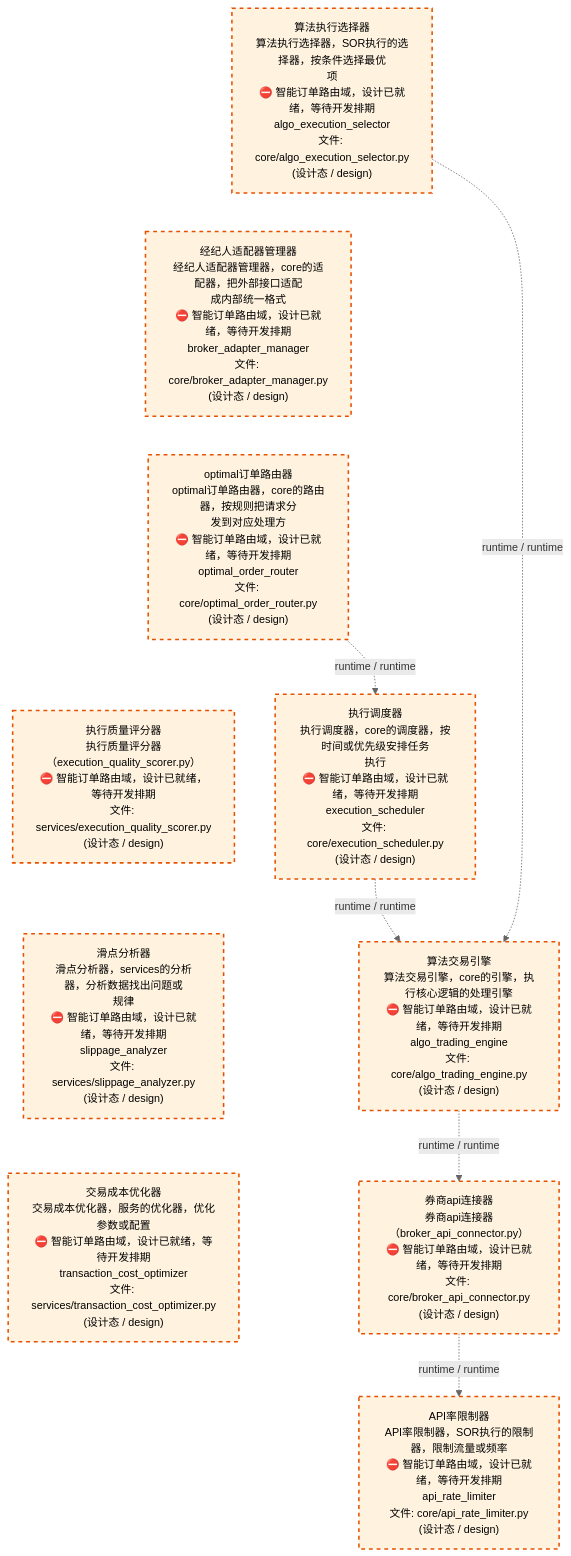
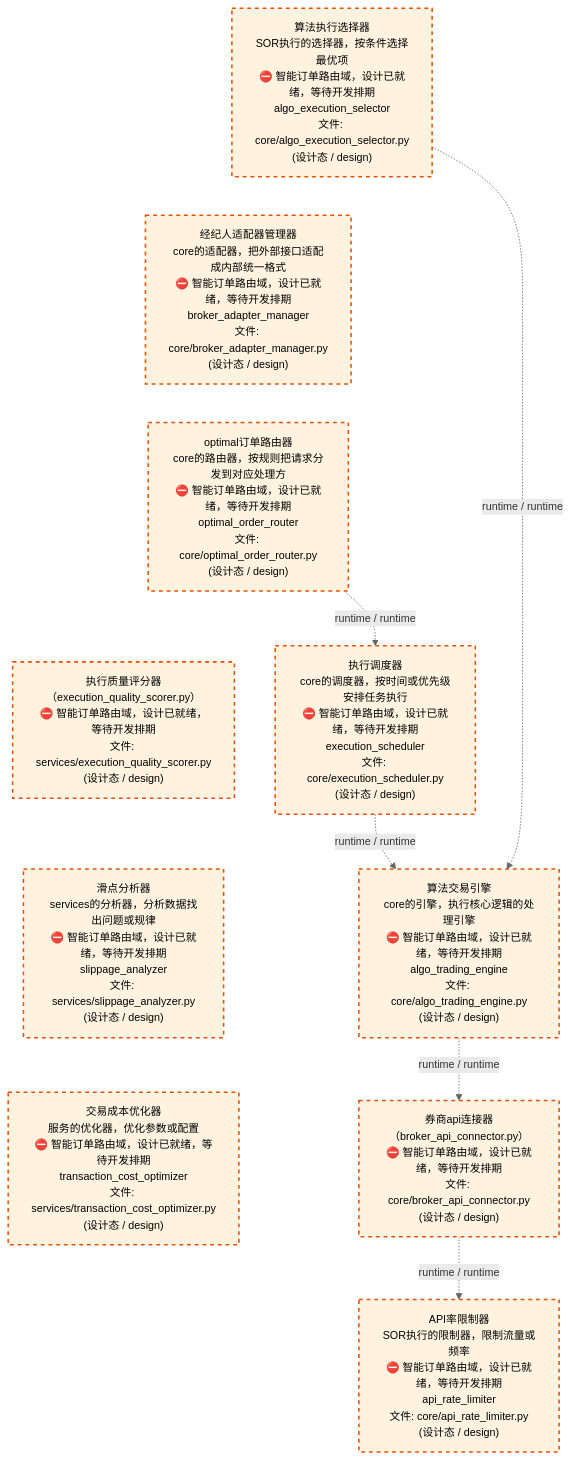
One commit to xuanFelixVan/ZephyrAlpha changed the third of 4 diagrams in docs/02_enterprise_architecture/02_domain_architecture_docs/45_d_ex_sor.md. Above: the diagram before and after it, drawn with Mermaid. The commit also changed other lines of this file and 60 other files, not shown here.

````diff
--- a/docs/02_enterprise_architecture/02_domain_architecture_docs/45_d_ex_sor.md
+++ b/docs/02_enterprise_architecture/02_domain_architecture_docs/45_d_ex_sor.md
@@ -138,29 +138,29 @@
 ```mermaid
 %%{init: {'theme': 'base', 'themeVariables': {'primaryColor': '#eaeaea', 'primaryTextColor': '#333333', 'primaryBorderColor': '#666666', 'lineColor': '#666666', 'secondaryColor': '#eaeaea', 'tertiaryColor': '#eaeaea', 'fontSize': '14px'}}}%%
 flowchart TD
-    src_zephyr_ex_sor_core_algo_execution_selector_py["算法执行选择器<br/>算法执行选择器，SOR执行的选择器，按条件选择最优<br/>项<br/>⛔ 智能订单路由域，设计已就绪，等待开发排期<br/>algo_execution_selector<br/>文件: core/algo_execution_selector.py<br/>(设计态 / design)"]
-    src_zephyr_ex_sor_core_broker_adapter_manager_py["经纪人适配器管理器<br/>经纪人适配器管理器，core的适配器，把外部接口适配<br/>成内部统一格式<br/>⛔ 智能订单路由域，设计已就绪，等待开发排期<br/>broker_adapter_manager<br/>文件: core/broker_adapter_manager.py<br/>(设计态 / design)"]
-    src_zephyr_ex_sor_core_optimal_order_router_py["optimal订单路由器<br/>optimal订单路由器，core的路由器，按规则把请求分<br/>发到对应处理方<br/>⛔ 智能订单路由域，设计已就绪，等待开发排期<br/>optimal_order_router<br/>文件: core/optimal_order_router.py<br/>(设计态 / design)"]
-    src_zephyr_ex_sor_services_execution_quality_scorer_py["执行质量评分器<br/>执行质量评分器（execution_quality_scorer.py）<br/>⛔ 智能订单路由域，设计已就绪，等待开发排期<br/>文件: services/execution_quality_scorer.py<br/>(设计态 / design)"]
-    src_zephyr_ex_sor_services_slippage_analyzer_py["滑点分析器<br/>滑点分析器，services的分析器，分析数据找出问题或<br/>规律<br/>⛔ 智能订单路由域，设计已就绪，等待开发排期<br/>slippage_analyzer<br/>文件: services/slippage_analyzer.py<br/>(设计态 / design)"]
-    src_zephyr_ex_sor_services_transaction_cost_optimizer_py["交易成本优化器<br/>交易成本优化器，服务的优化器，优化参数或配置<br/>⛔ 智能订单路由域，设计已就绪，等待开发排期<br/>transaction_cost_optimizer<br/>文件: services/transaction_cost_optimizer.py<br/>(设计态 / design)"]
+    src_zephyr_ex_sor_core_algo_execution_selector_py["算法执行选择器<br/>SOR执行的选择器，按条件选择最优项<br/>⛔ 智能订单路由域，设计已就绪，等待开发排期<br/>algo_execution_selector<br/>文件: core/algo_execution_selector.py<br/>(设计态 / design)"]
+    src_zephyr_ex_sor_core_broker_adapter_manager_py["经纪人适配器管理器<br/>core的适配器，把外部接口适配成内部统一格式<br/>⛔ 智能订单路由域，设计已就绪，等待开发排期<br/>broker_adapter_manager<br/>文件: core/broker_adapter_manager.py<br/>(设计态 / design)"]
+    src_zephyr_ex_sor_core_optimal_order_router_py["optimal订单路由器<br/>core的路由器，按规则把请求分发到对应处理方<br/>⛔ 智能订单路由域，设计已就绪，等待开发排期<br/>optimal_order_router<br/>文件: core/optimal_order_router.py<br/>(设计态 / design)"]
+    src_zephyr_ex_sor_services_execution_quality_scorer_py["执行质量评分器<br/>（execution_quality_scorer.py）<br/>⛔ 智能订单路由域，设计已就绪，等待开发排期<br/>文件: services/execution_quality_scorer.py<br/>(设计态 / design)"]
+    src_zephyr_ex_sor_services_slippage_analyzer_py["滑点分析器<br/>services的分析器，分析数据找出问题或规律<br/>⛔ 智能订单路由域，设计已就绪，等待开发排期<br/>slippage_analyzer<br/>文件: services/slippage_analyzer.py<br/>(设计态 / design)"]
+    src_zephyr_ex_sor_services_transaction_cost_optimizer_py["交易成本优化器<br/>服务的优化器，优化参数或配置<br/>⛔ 智能订单路由域，设计已就绪，等待开发排期<br/>transaction_cost_optimizer<br/>文件: services/transaction_cost_optimizer.py<br/>(设计态 / design)"]
     src_zephyr_ex_sor_core_algo_execution_selector_py ~~~ src_zephyr_ex_sor_core_broker_adapter_manager_py
     src_zephyr_ex_sor_core_broker_adapter_manager_py ~~~ src_zephyr_ex_sor_core_optimal_order_router_py
     src_zephyr_ex_sor_core_optimal_order_router_py ~~~ src_zephyr_ex_sor_services_execution_quality_scorer_py
     src_zephyr_ex_sor_services_execution_quality_scorer_py ~~~ src_zephyr_ex_sor_services_slippage_analyzer_py
     src_zephyr_ex_sor_services_slippage_analyzer_py ~~~ src_zephyr_ex_sor_services_transaction_cost_optimizer_py
-    src_zephyr_ex_sor_core_execution_scheduler_py["执行调度器<br/>执行调度器，core的调度器，按时间或优先级安排任务<br/>执行<br/>⛔ 智能订单路由域，设计已就绪，等待开发排期<br/>execution_scheduler<br/>文件: core/execution_scheduler.py<br/>(设计态 / design)"]
-    src_zephyr_ex_sor_core_algo_trading_engine_py["算法交易引擎<br/>算法交易引擎，core的引擎，执行核心逻辑的处理引擎<br/>⛔ 智能订单路由域，设计已就绪，等待开发排期<br/>algo_trading_engine<br/>文件: core/algo_trading_engine.py<br/>(设计态 / design)"]
-    src_zephyr_ex_sor_core_broker_api_connector_py["券商api连接器<br/>券商api连接器（broker_api_connector.py）<br/>⛔ 智能订单路由域，设计已就绪，等待开发排期<br/>文件: core/broker_api_connector.py<br/>(设计态 / design)"]
-    src_zephyr_ex_sor_core_api_rate_limiter_py["API率限制器<br/>API率限制器，SOR执行的限制器，限制流量或频率<br/>⛔ 智能订单路由域，设计已就绪，等待开发排期<br/>api_rate_limiter<br/>文件: core/api_rate_limiter.py<br/>(设计态 / design)"]
+    src_zephyr_ex_sor_core_execution_scheduler_py["执行调度器<br/>core的调度器，按时间或优先级安排任务执行<br/>⛔ 智能订单路由域，设计已就绪，等待开发排期<br/>execution_scheduler<br/>文件: core/execution_scheduler.py<br/>(设计态 / design)"]
+    src_zephyr_ex_sor_core_algo_trading_engine_py["算法交易引擎<br/>core的引擎，执行核心逻辑的处理引擎<br/>⛔ 智能订单路由域，设计已就绪，等待开发排期<br/>algo_trading_engine<br/>文件: core/algo_trading_engine.py<br/>(设计态 / design)"]
+    src_zephyr_ex_sor_core_broker_api_connector_py["券商api连接器<br/>（broker_api_connector.py）<br/>⛔ 智能订单路由域，设计已就绪，等待开发排期<br/>文件: core/broker_api_connector.py<br/>(设计态 / design)"]
+    src_zephyr_ex_sor_core_api_rate_limiter_py["API率限制器<br/>SOR执行的限制器，限制流量或频率<br/>⛔ 智能订单路由域，设计已就绪，等待开发排期<br/>api_rate_limiter<br/>文件: core/api_rate_limiter.py<br/>(设计态 / design)"]
     src_zephyr_ex_sor_core_optimal_order_router_py -.->|runtime / runtime| src_zephyr_ex_sor_core_execution_scheduler_py
     src_zephyr_ex_sor_core_execution_scheduler_py -.->|runtime / runtime| src_zephyr_ex_sor_core_algo_trading_engine_py
     src_zephyr_ex_sor_core_algo_trading_engine_py -.->|runtime / runtime| src_zephyr_ex_sor_core_broker_api_connector_py
     src_zephyr_ex_sor_core_algo_execution_selector_py -.->|runtime / runtime| src_zephyr_ex_sor_core_algo_trading_engine_py
     src_zephyr_ex_sor_core_broker_api_connector_py -.->|runtime / runtime| src_zephyr_ex_sor_core_api_rate_limiter_py
     classDef production fill:#e1f5fe,stroke:#01579b,stroke-width:2px,color:#000
     classDef design fill:#fff3e0,stroke:#e65100,stroke-width:2px,color:#000,stroke-dasharray: 5 5
     classDef external_prod fill:#e8f4fd,stroke:#0277bd,stroke-width:1px,color:#000
     classDef external_design fill:#fff8e7,stroke:#ef6c00,stroke-width:1px,color:#000,stroke-dasharray: 5 5
     class src_zephyr_ex_sor_core_algo_execution_selector_py,src_zephyr_ex_sor_core_algo_trading_engine_py,src_zephyr_ex_sor_core_api_rate_limiter_py,src_zephyr_ex_sor_core_broker_adapter_manager_py,src_zephyr_ex_sor_core_broker_api_connector_py,src_zephyr_ex_sor_core_execution_scheduler_py,src_zephyr_ex_sor_core_optimal_order_router_py,src_zephyr_ex_sor_services_execution_quality_scorer_py,src_zephyr_ex_sor_services_slippage_analyzer_py,src_zephyr_ex_sor_services_transaction_cost_optimizer_py design
 ```
````
